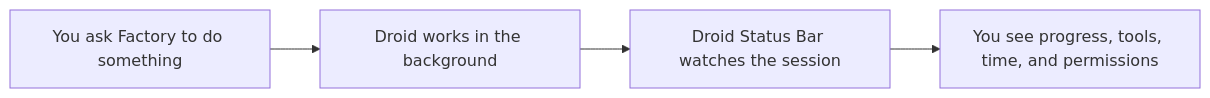
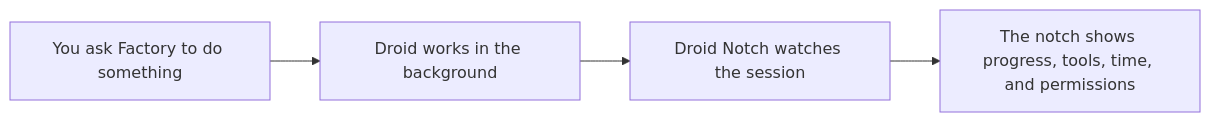
The diagram in README.md (rezaularif/Factory-Droid-Cli-Status-Bar), drawn with Mermaid before and after one commit. The commit also changed other lines of this file and 5 other files, not shown here.

````diff
--- a/README.md
+++ b/README.md
@@ -37,6 +37,6 @@
 ```mermaid
 flowchart LR
     A["You ask Factory to do something"] --> B["Droid works in the background"]
-    B --> C["Droid Status Bar watches the session"]
-    C --> D["You see progress, tools, time, and permissions"]
+    B --> C["Droid Notch watches the session"]
+    C --> D["The notch shows progress, tools, time, and permissions"]
 ```
````
